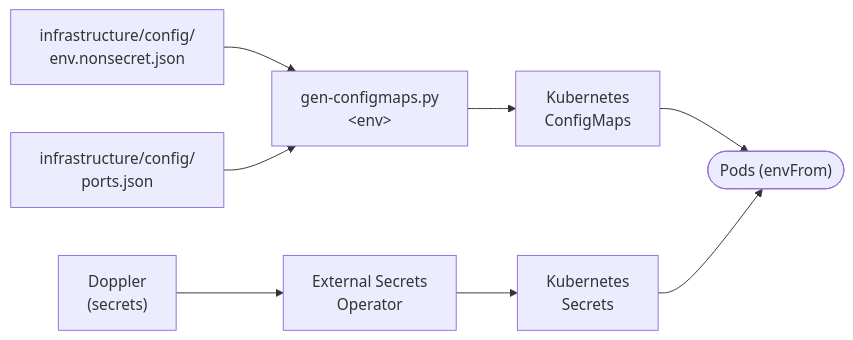
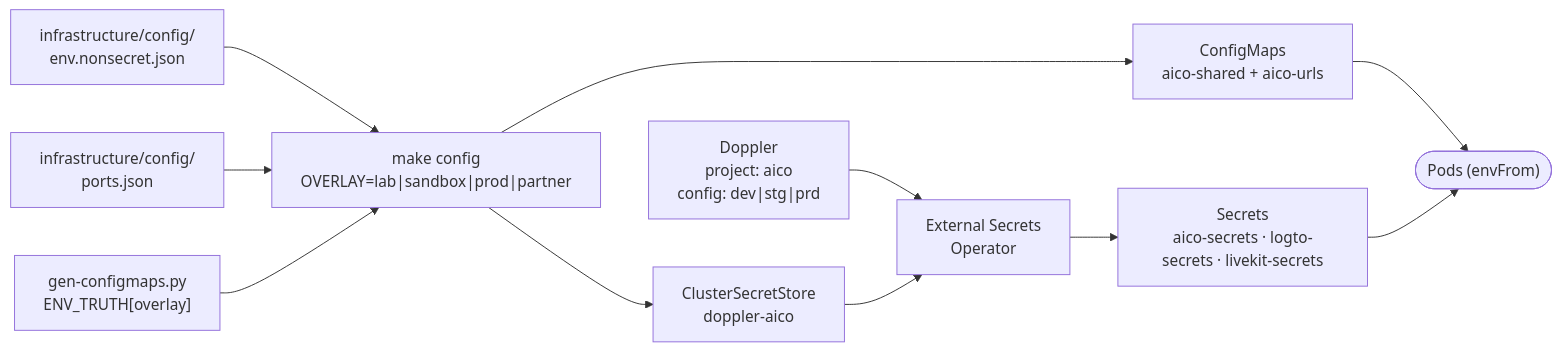
The third of 3 diagrams in platform/architecture.mdx (Aico-Systems/docs), drawn with Mermaid before and after one commit. The commit also changed other lines of this file and 2 other files, not shown here.

Commit message:
docs(platform): update architecture and deployment documentation for CNPG and Valkey integration

````diff
--- a/platform/architecture.mdx
+++ b/platform/architecture.mdx
@@ -179,10 +183,13 @@
 ```mermaid
 flowchart LR
-    D["Doppler<br/>(secrets)"] --> ESO["External Secrets<br/>Operator"]
+    D["Doppler<br/>project: aico<br/>config: dev|stg|prd"] --> ESO["External Secrets<br/>Operator"]
     NS["infrastructure/config/<br/>env.nonsecret.json"] --> GEN
     PJ["infrastructure/config/<br/>ports.json"] --> GEN
-    GEN["gen-configmaps.py<br/>&lt;env&gt;"] --> CM["Kubernetes<br/>ConfigMaps"]
-    ESO --> SEC["Kubernetes<br/>Secrets"]
+    ET["gen-configmaps.py<br/>ENV_TRUTH[overlay]"] --> GEN
+    GEN["make config<br/>OVERLAY=lab|sandbox|prod|partner"] --> CM["ConfigMaps<br/>aico-shared + aico-urls"]
+    GEN --> CSS["ClusterSecretStore<br/>doppler-aico"]
+    CSS --> ESO
+    ESO --> SEC["Secrets<br/>aico-secrets · logto-secrets · livekit-secrets"]
     CM --> POD(["Pods (envFrom)"])
     SEC --> POD
 ```
````
